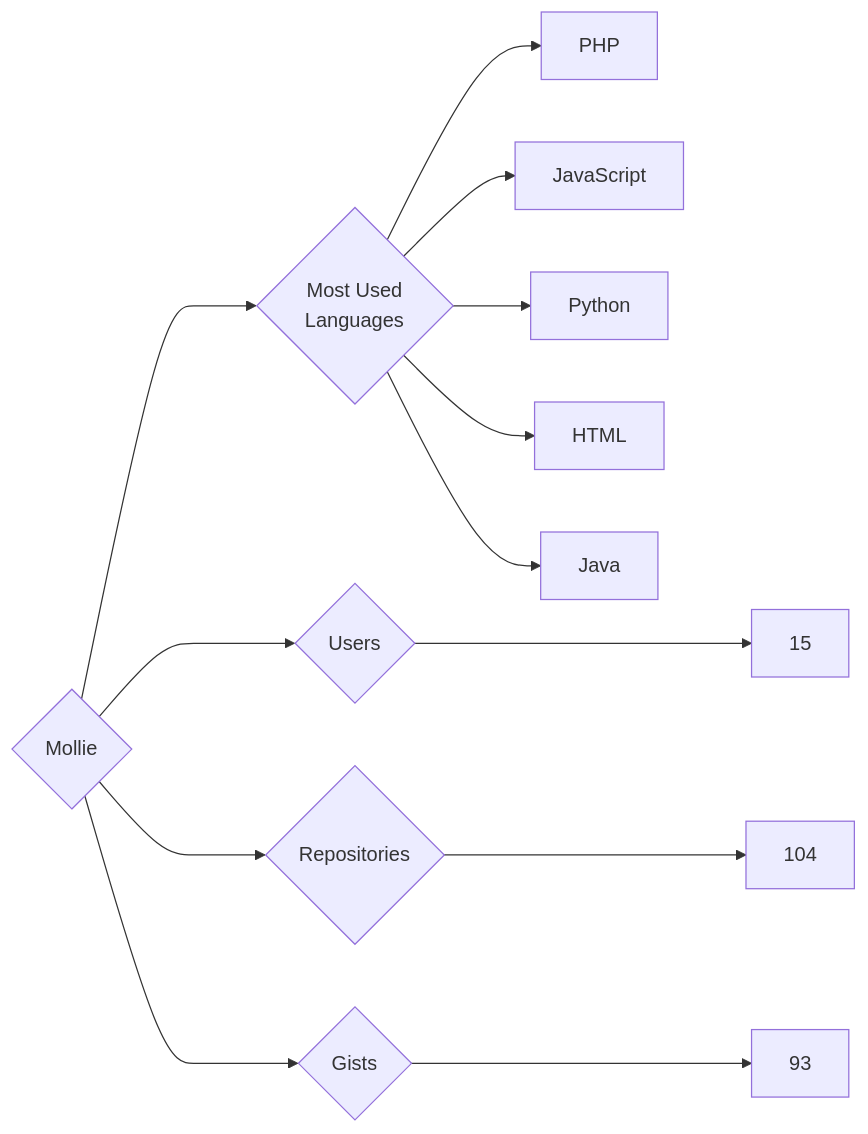
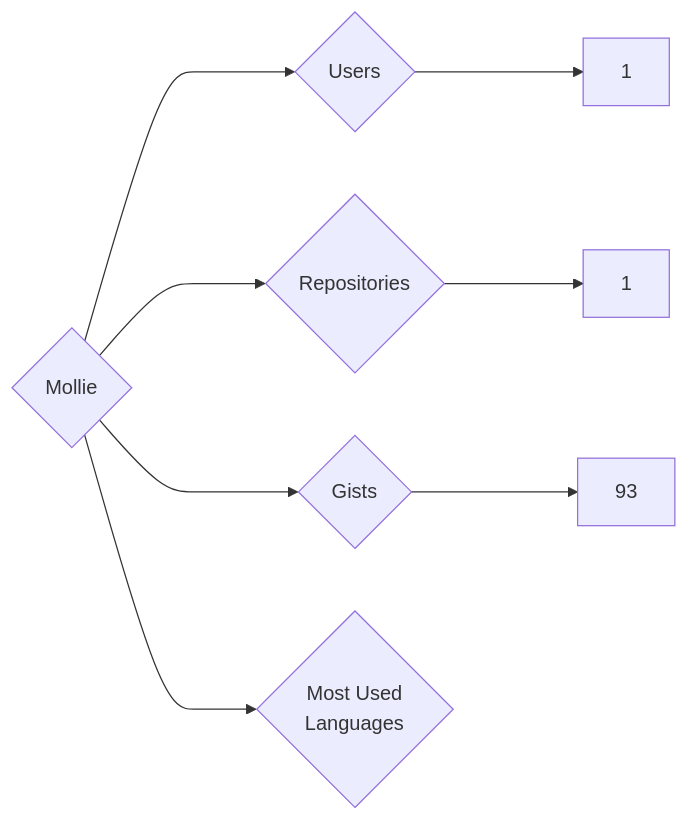
Before and after one commit to trickest/insiders: the diagram in targets/Mollie/README.md, drawn with Mermaid. The commit also changed 1496 other files, not shown here.

````diff
--- a/targets/Mollie/README.md
+++ b/targets/Mollie/README.md
@@ -3,13 +3,8 @@
 ```mermaid
 graph LR
 COMPANY_NAME{Mollie}
-COMPANY_NAME ---> U{Users} ---> UN[15]
-COMPANY_NAME ---> R{Repositories} ---> RN[104]
+COMPANY_NAME ---> U{Users} ---> UN[1]
+COMPANY_NAME ---> R{Repositories} ---> RN[1]
 COMPANY_NAME ---> G{Gists} ---> GN[93]
 COMPANY_NAME ---> ML{Most Used<br>Languages}
-ML --> PHP[PHP]
-ML --> JavaScript[JavaScript]
-ML --> Python[Python]
-ML --> HTML[HTML]
-ML --> Java[Java]
 ```
````
